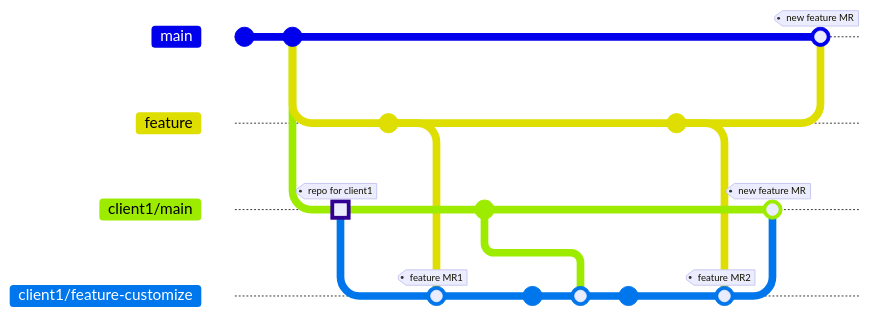
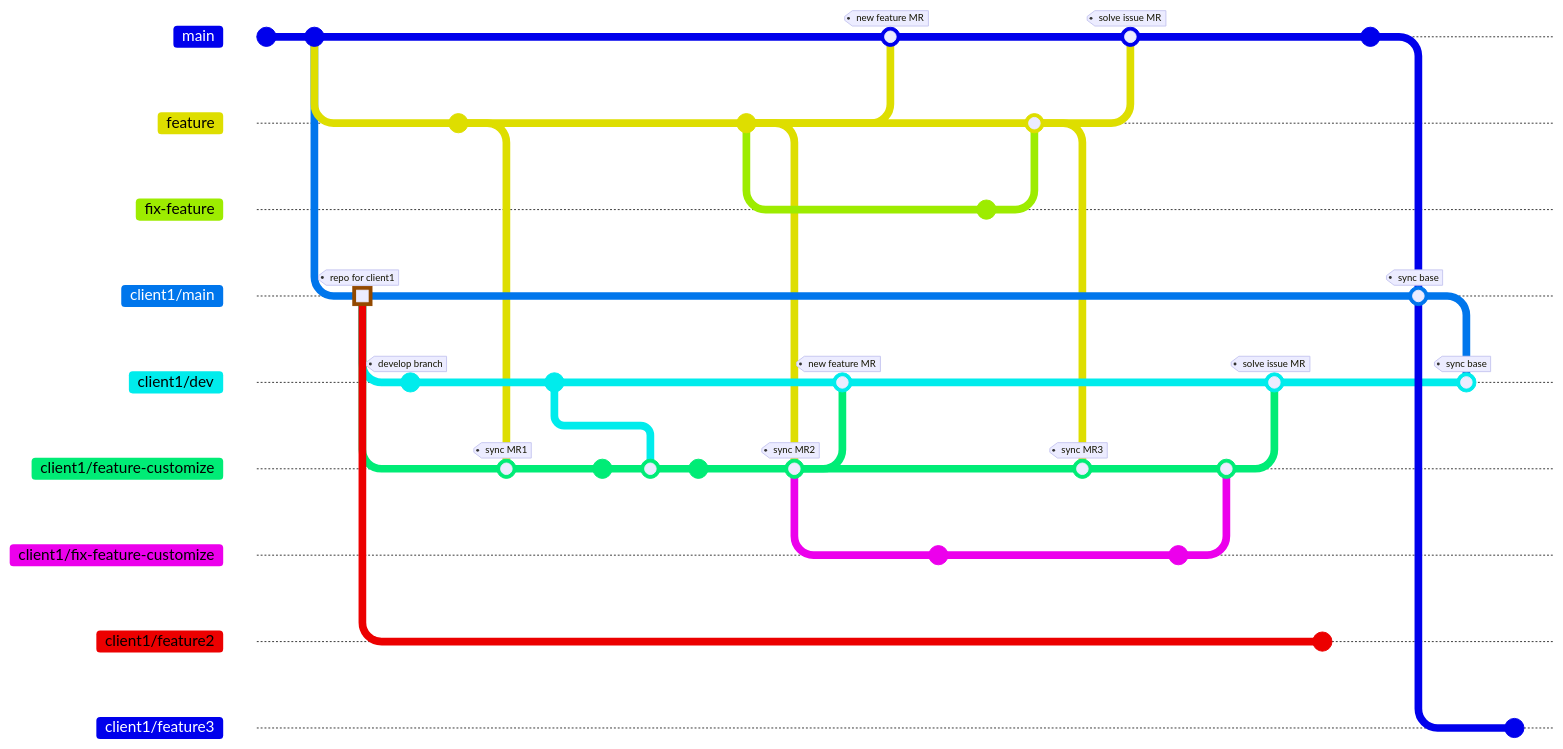
The first of 2 diagrams in git/workflow.md (tsengyushiang/notes), drawn with Mermaid before and after one commit. The commit also changed other lines of this file, not shown here. Commit ids are hidden.

````diff
--- a/git/workflow.md
+++ b/git/workflow.md
@@ -7,30 +7,62 @@
 ```mermaid
 %%{init: { 'gitGraph': {'showCommitLabel': false}} }%%
 
 gitGraph
     commit
     commit
-    branch feature
-    branch client1/main
+    branch feature order: 1
+    branch client1/main order: 5
     commit tag:"repo for client1" type: HIGHLIGHT
+    branch client1/dev order: 6
+    commit tag:"develop branch"
     checkout feature
     commit
     checkout client1/main
-    branch client1/feature-customize
-    merge feature tag:"feature MR1"
-    checkout client1/main
+    branch client1/feature-customize order: 7
+    merge feature tag:"sync MR1"
+    checkout client1/dev
     commit
     checkout client1/feature-customize
     commit
-    merge client1/main
+    merge client1/dev
     commit
     checkout feature
     commit
     checkout client1/feature-customize
-    merge feature tag:"feature MR2"
-    checkout client1/main
+    merge feature tag:"sync MR2"
+    checkout client1/dev
     merge client1/feature-customize tag:"new feature MR"
     checkout main
     merge feature tag:"new feature MR"
+    checkout client1/feature-customize
+    branch client1/fix-feature-customize order: 8
+    commit
+    checkout feature
+    branch fix-feature order: 2
+    commit
+    checkout feature
+    merge fix-feature
+    checkout client1/feature-customize
+    merge feature tag:"sync MR3"
+    checkout main
+    merge feature tag:"solve issue MR"
+    checkout client1/fix-feature-customize
+    commit
+    checkout client1/feature-customize
+    merge client1/fix-feature-customize
+    checkout client1/dev
+    merge client1/feature-customize tag:"solve issue MR"
+    checkout client1/main
+    branch client1/feature2 order:10
+    commit
+    checkout main
+    commit
+    checkout client1/main
+    merge main tag:"sync base"
+    checkout client1/dev
+    merge client1/main tag:"sync base"
+    checkout client1/main
+    branch client1/feature3 order:11
+    commit
 
 ```
````
